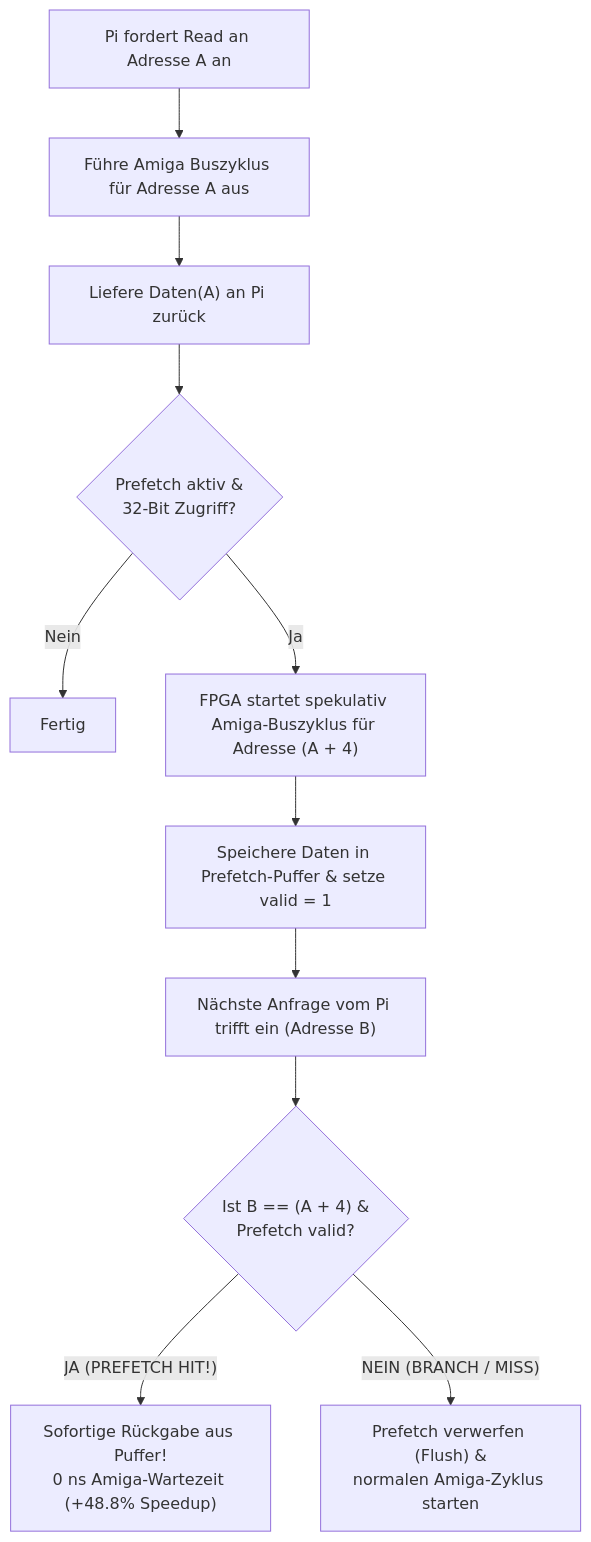
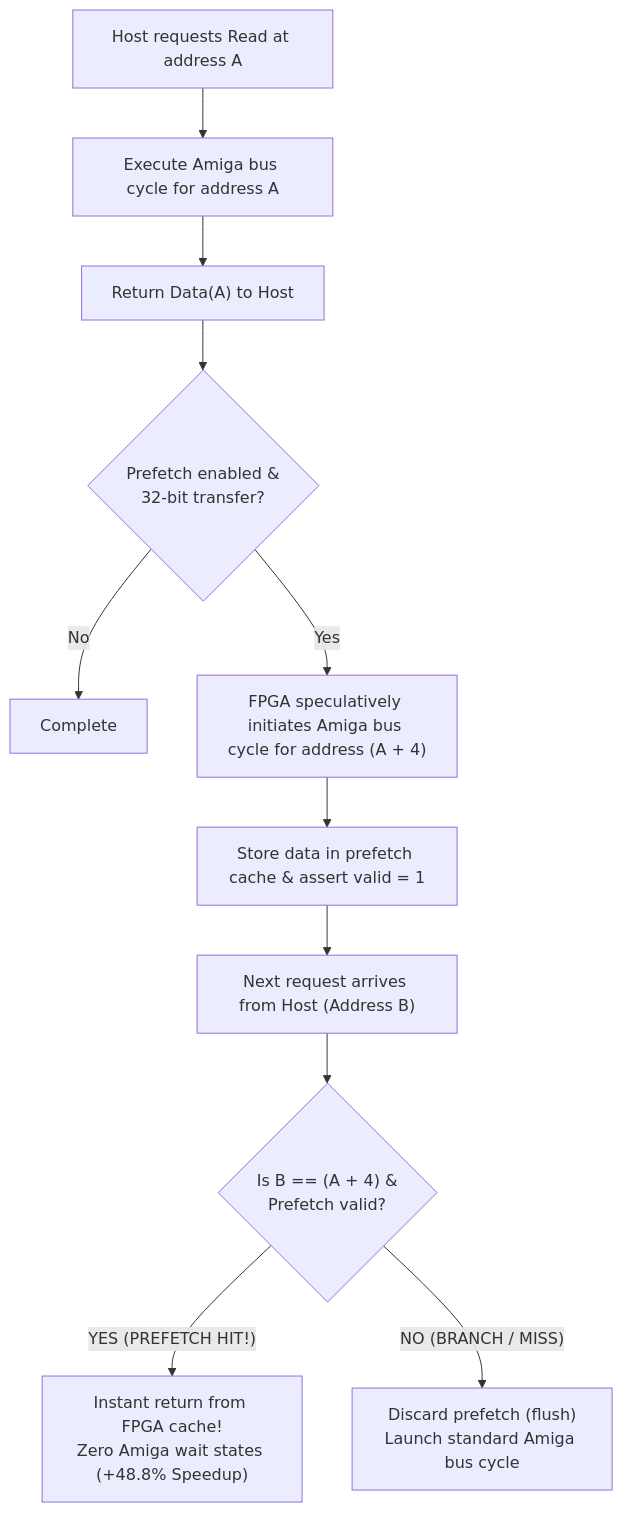
The fourth of 5 diagrams in DOCS/HOW_IT_WORKS.md (PiStorm/pistorm32-lite-gateware), drawn with Mermaid before and after one commit. The commit also changed other lines of this file and 5 other files, not shown here.

````diff
--- a/DOCS/HOW_IT_WORKS.md
+++ b/DOCS/HOW_IT_WORKS.md
@@ -183,17 +183,17 @@
 ```mermaid
 flowchart TD
-    Req["Pi fordert Read an Adresse A an"] --> Exec["Führe Amiga Buszyklus für Adresse A aus"]
-    Exec --> Latch["Liefere Daten(A) an Pi zurück"]
+    Req["Host requests Read at address A"] --> Exec["Execute Amiga bus cycle for address A"]
+    Exec --> Latch["Return Data(A) to Host"]
     
-    Latch --> PrefetchEnabled{"Prefetch aktiv &<br/>32-Bit Zugriff?"}
-    PrefetchEnabled -- Nein --> Done["Fertig"]
+    Latch --> PrefetchEnabled{"Prefetch enabled &<br/>32-bit transfer?"}
+    PrefetchEnabled -- No --> Done["Complete"]
     
-    PrefetchEnabled -- Ja --> StartPrefetch["FPGA startet spekulativ Amiga-Buszyklus für Adresse (A + 4)"]
-    StartPrefetch --> Store["Speichere Daten in Prefetch-Puffer & setze valid = 1"]
+    PrefetchEnabled -- Yes --> StartPrefetch["FPGA speculatively initiates Amiga bus cycle for address (A + 4)"]
+    StartPrefetch --> Store["Store data in prefetch cache & assert valid = 1"]
     
-    Store --> NextReq["Nächste Anfrage vom Pi trifft ein (Adresse B)"]
-    NextReq --> HitCheck{"Ist B == (A + 4) &<br/>Prefetch valid?"}
+    Store --> NextReq["Next request arrives from Host (Address B)"]
+    NextReq --> HitCheck{"Is B == (A + 4) &<br/>Prefetch valid?"}
     
-    HitCheck -- "JA (PREFETCH HIT!)" --> InstantReturn["Sofortige Rückgabe aus Puffer!<br/>0 ns Amiga-Wartezeit (+48.8% Speedup)"]
-    HitCheck -- "NEIN (BRANCH / MISS)" --> Invalidate["Prefetch verwerfen (Flush) &<br/>normalen Amiga-Zyklus starten"]
+    HitCheck -- "YES (PREFETCH HIT!)" --> InstantReturn["Instant return from FPGA cache!<br/>Zero Amiga wait states (+48.8% Speedup)"]
+    HitCheck -- "NO (BRANCH / MISS)" --> Invalidate["Discard prefetch (flush)<br/>Launch standard Amiga bus cycle"]
 ```
````
